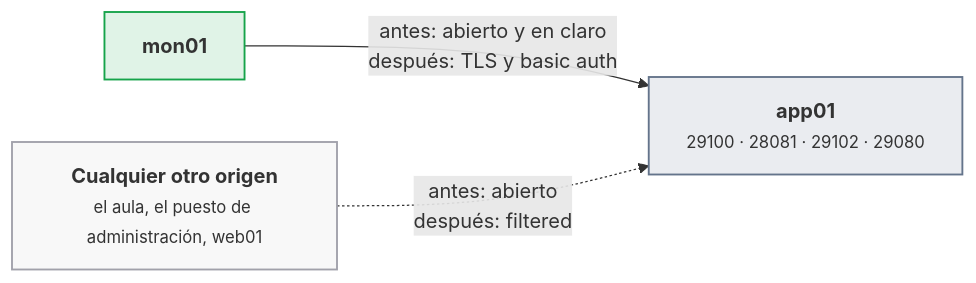
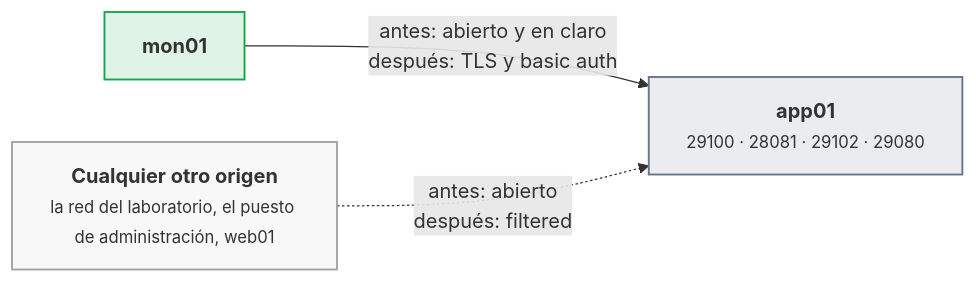
Before and after one commit to victor-educ/apuntes-5169: the second of 5 diagrams in docs/ut/ut3-seguridad-monitorizacion.md, drawn with Mermaid. The commit also changed other lines of this file and 9 other files, not shown here.

First line of the commit message:
Proxmox del centro, interfaz web y tres correcciones de la UT1

````diff
--- a/docs/ut/ut3-seguridad-monitorizacion.md
+++ b/docs/ut/ut3-seguridad-monitorizacion.md
@@ -205,14 +205,14 @@
 ```mermaid
 flowchart LR
-    O["<b>Cualquier otro origen</b><br><small>el aula, el puesto de administración, web01</small>"]:::infra
+    O["<b>Cualquier otro origen</b><br><small>la red del laboratorio, el puesto de administración, web01</small>"]:::infra
     M["<b>mon01</b>"]:::ok
     A["<b>app01</b><br><small>29100 · 28081 · 29102 · 29080</small>"]:::pieza
     M -->|"antes: abierto y en claro<br>después: TLS y basic auth"| A
     O -.->|"antes: abierto<br>después: filtered"| A
     classDef act fill:#ea580c22,stroke:#ea580c,stroke-width:1.5px
     classDef pieza fill:#64748b22,stroke:#64748b,stroke-width:1.5px
     classDef dato fill:#2563eb22,stroke:#2563eb,stroke-width:1.5px
     classDef infra fill:#a1a1aa14,stroke:#a1a1aa,stroke-width:1.5px
     classDef ok fill:#16a34a22,stroke:#16a34a,stroke-width:1.5px
     classDef riesgo fill:#dc262622,stroke:#dc2626,stroke-width:1.5px
 ```
````
